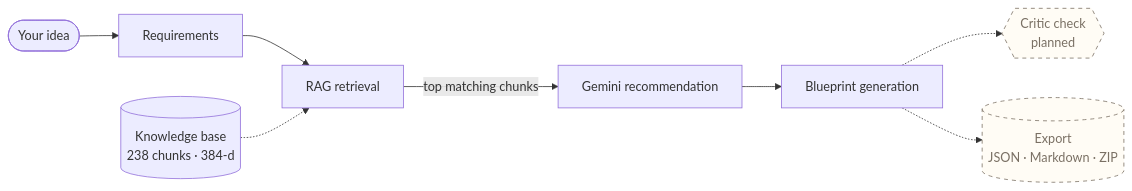
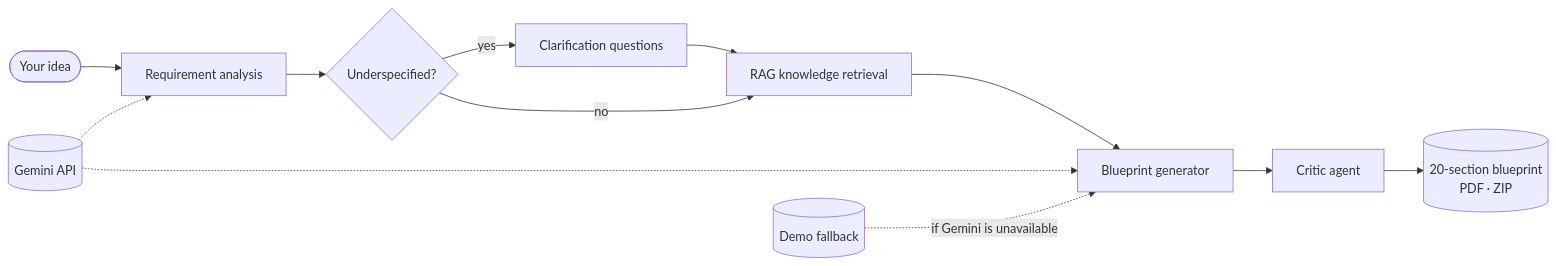
One commit to himaparvathia23ec/BUILD-MY-ML changed the diagram in README.md. Above: the diagram before and after it, drawn with Mermaid. The commit also changed other lines of this file, not shown here.

First line of the commit message:
Revise README with new project details and demo link

````diff
--- a/README.md
+++ b/README.md
@@ -37,13 +43,14 @@
 ```mermaid
 flowchart LR
-    A([Your idea]) --> B[Requirements]
-    B --> C[RAG retrieval]
-    C -->|top matching chunks| D[Gemini recommendation]
-    D --> E[Blueprint generation]
-    E -.-> F{{Critic check<br/>planned}}
-    E -.-> G[(Export<br/>JSON · Markdown · ZIP)]
-
-    KB[(Knowledge base<br/>238 chunks · 384-d)] -.-> C
-    classDef planned stroke-dasharray: 5 5,fill:#FFFCF5,stroke:#7A7064,color:#7A7064;
-    class F,G planned;
+    U([Your idea]) --> RA[Requirement analysis]
+    RA --> CL{Underspecified?}
+    CL -->|yes| Q[Clarification questions]
+    Q --> RAG
+    CL -->|no| RAG[RAG knowledge retrieval]
+    RAG --> BG[Blueprint generator]
+    BG --> CR[Critic agent]
+    CR --> OUT[(20-section blueprint<br/>PDF · ZIP)]
+    G[(Gemini API)] -.-> RA
+    G -.-> BG
+    FB[(Demo fallback)] -.->|if Gemini is unavailable| BG
 ```
````
